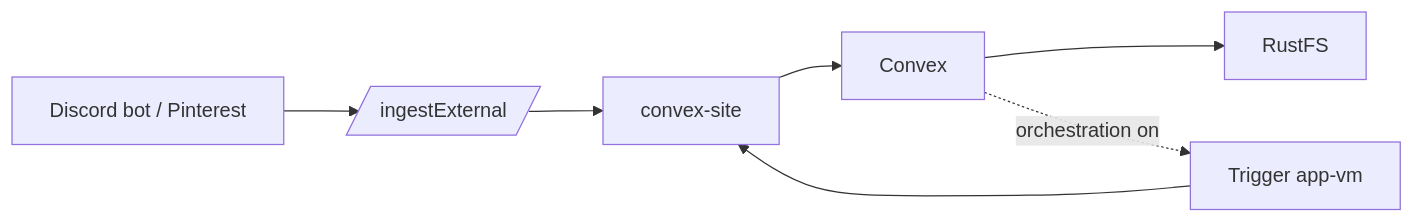
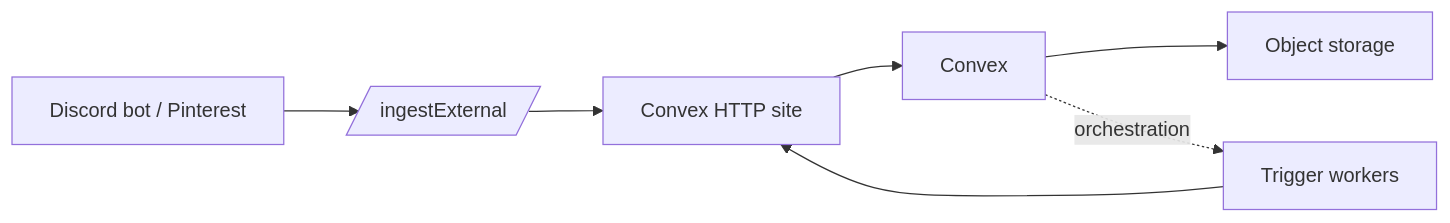
Before and after one commit to gordo-v1su4/pindeck: the second of 2 diagrams in docs/architecture/platform-topology.md, drawn with Mermaid. The commit also changed other lines of this file and 20 other files, not shown here.

````diff
--- a/docs/architecture/platform-topology.md
+++ b/docs/architecture/platform-topology.md
@@ -36,9 +36,9 @@
 ```mermaid
 flowchart LR
   EXT[Discord bot / Pinterest] --> ING[/ingestExternal/]
-  ING --> SITE[convex-site]
+  ING --> SITE[Convex HTTP site]
   SITE --> CVX[Convex]
-  CVX --> RFS[RustFS]
-  CVX -.->|orchestration on| TRG[Trigger app-vm]
+  CVX --> RFS[Object storage]
+  CVX -.->|orchestration| TRG[Trigger workers]
   TRG --> SITE
 ```
````
